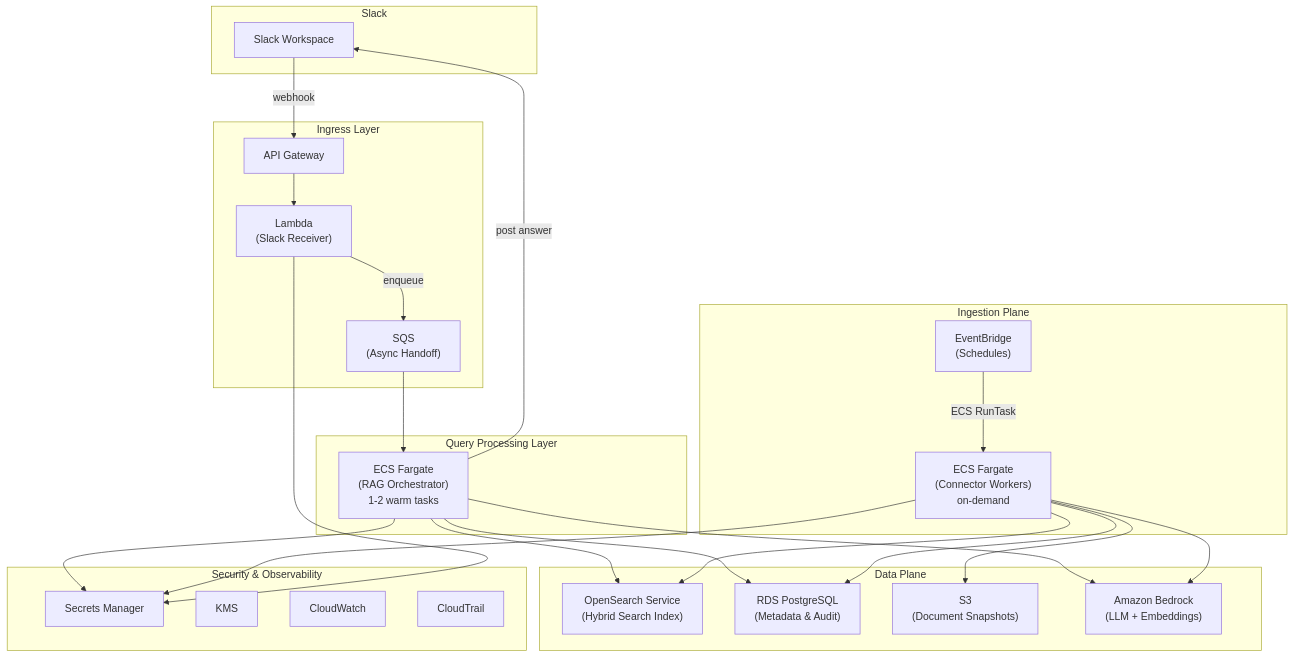
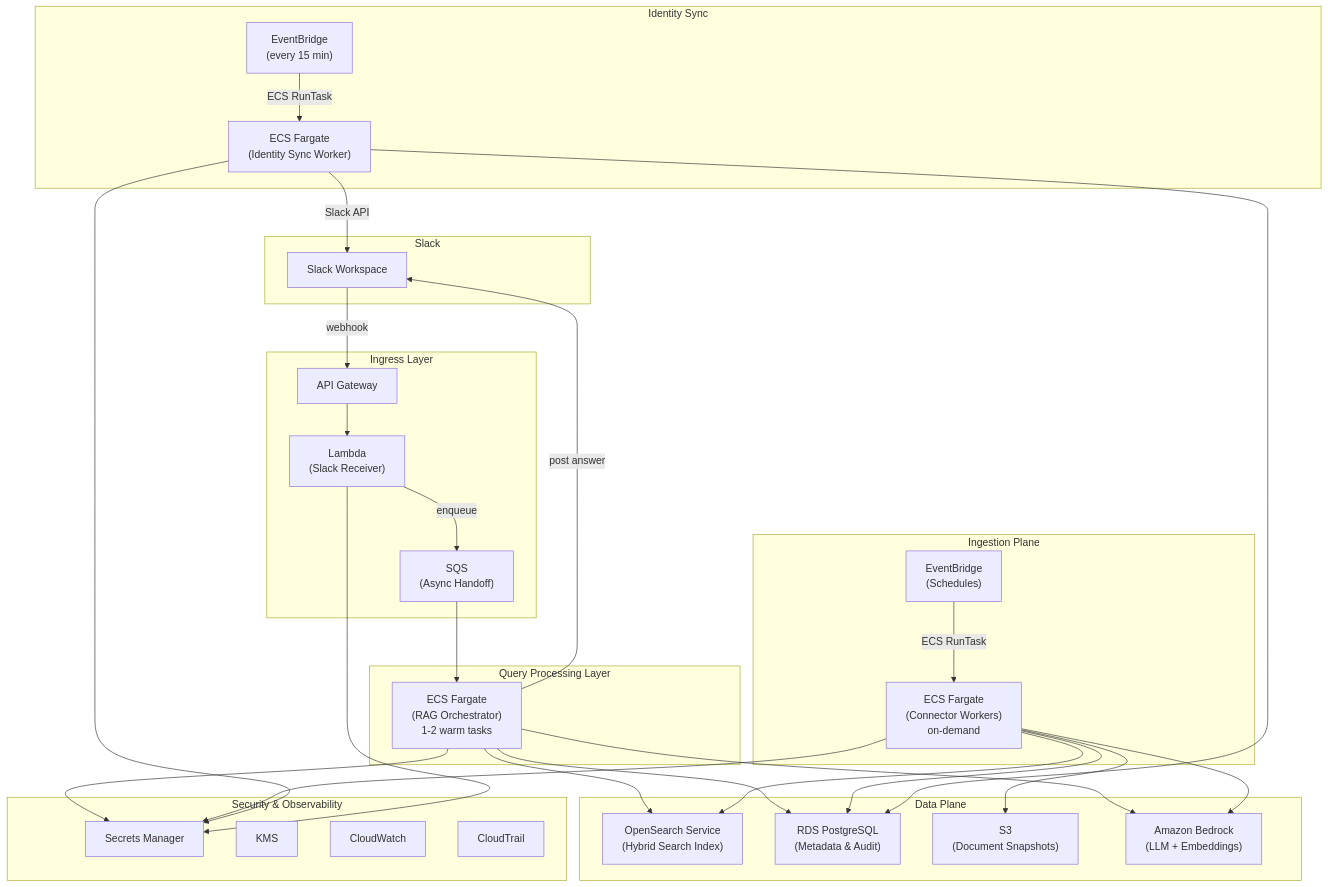
Before and after one commit to Sage-Bionetworks-IT/sage-kb-chatbot: the second of 6 diagrams in .kiro/specs/sage-kb-chatbot/design.md, drawn with Mermaid. The commit also changed other lines of this file and 3 other files, not shown here.

First line of the commit message:
feat(specs): formalize Slack User Groups identity sync

````diff
--- a/.kiro/specs/sage-kb-chatbot/design.md
+++ b/.kiro/specs/sage-kb-chatbot/design.md
@@ -40,55 +40,65 @@
 ```mermaid
 graph TD
     subgraph Slack
         SlackApp["Slack Workspace"]
     end
 
     subgraph Ingress["Ingress Layer"]
         APIGW["API Gateway"]
         Lambda["Lambda<br/>(Slack Receiver)"]
         SQS["SQS<br/>(Async Handoff)"]
     end
 
     subgraph Compute["Query Processing Layer"]
         ECS["ECS Fargate<br/>(RAG Orchestrator)<br/>1-2 warm tasks"]
     end
 
     subgraph DataPlane["Data Plane"]
         OpenSearch["OpenSearch Service<br/>(Hybrid Search Index)"]
         RDS["RDS PostgreSQL<br/>(Metadata & Audit)"]
         S3["S3<br/>(Document Snapshots)"]
         Bedrock["Amazon Bedrock<br/>(LLM + Embeddings)"]
     end
 
     subgraph Ingestion["Ingestion Plane"]
         EventBridge["EventBridge<br/>(Schedules)"]
         ConnectorECS["ECS Fargate<br/>(Connector Workers)<br/>on-demand"]
     end
 
+    subgraph Identity["Identity Sync"]
+        IdentitySyncEB["EventBridge<br/>(every 15 min)"]
+        IdentitySyncECS["ECS Fargate<br/>(Identity Sync Worker)"]
+    end
+
     subgraph Security["Security & Observability"]
         SecretsManager["Secrets Manager"]
         KMS["KMS"]
         CloudWatch["CloudWatch"]
         CloudTrail["CloudTrail"]
     end
 
     SlackApp -->|webhook| APIGW
     APIGW --> Lambda
     Lambda -->|enqueue| SQS
     SQS --> ECS
 
     ECS --> OpenSearch
     ECS --> RDS
     ECS --> Bedrock
     ECS -->|post answer| SlackApp
 
     EventBridge -->|ECS RunTask| ConnectorECS
     ConnectorECS --> OpenSearch
     ConnectorECS --> RDS
     ConnectorECS --> S3
     ConnectorECS --> Bedrock
 
+    IdentitySyncEB -->|ECS RunTask| IdentitySyncECS
+    IdentitySyncECS -->|Slack API| SlackApp
+    IdentitySyncECS --> RDS
+
     ECS --> SecretsManager
     ConnectorECS --> SecretsManager
+    IdentitySyncECS --> SecretsManager
     Lambda --> SecretsManager
 ```
````
